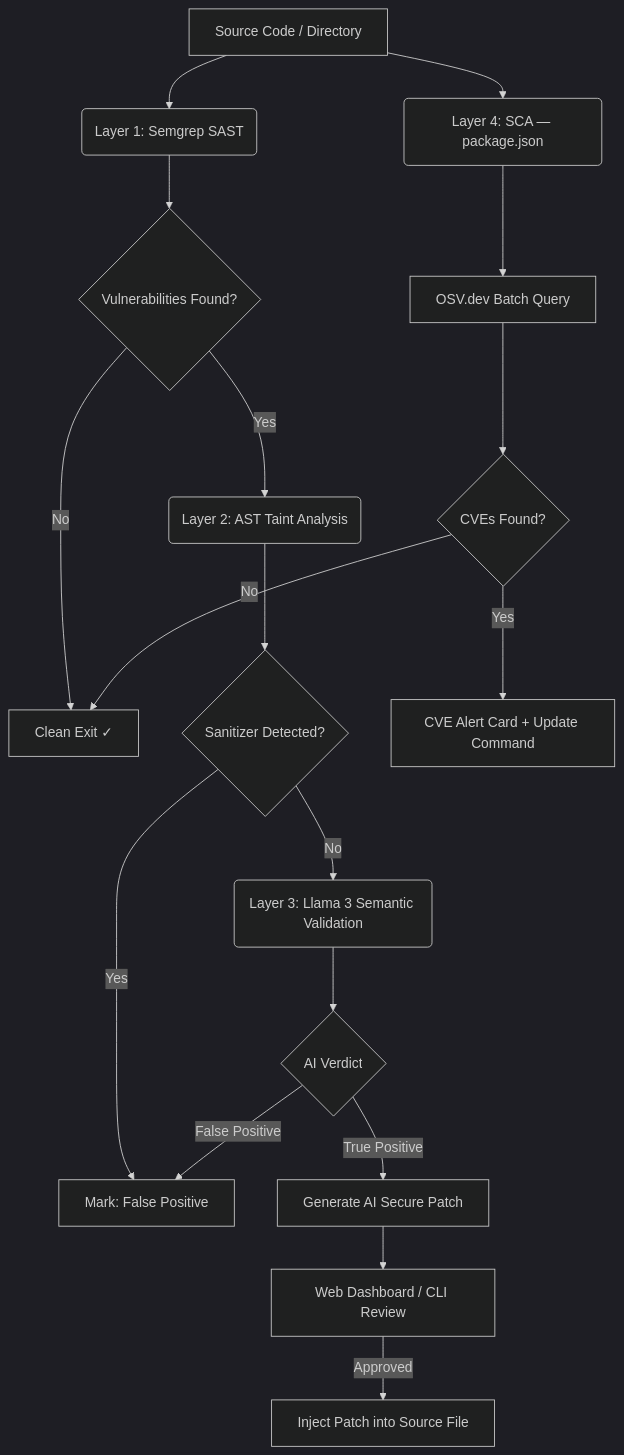
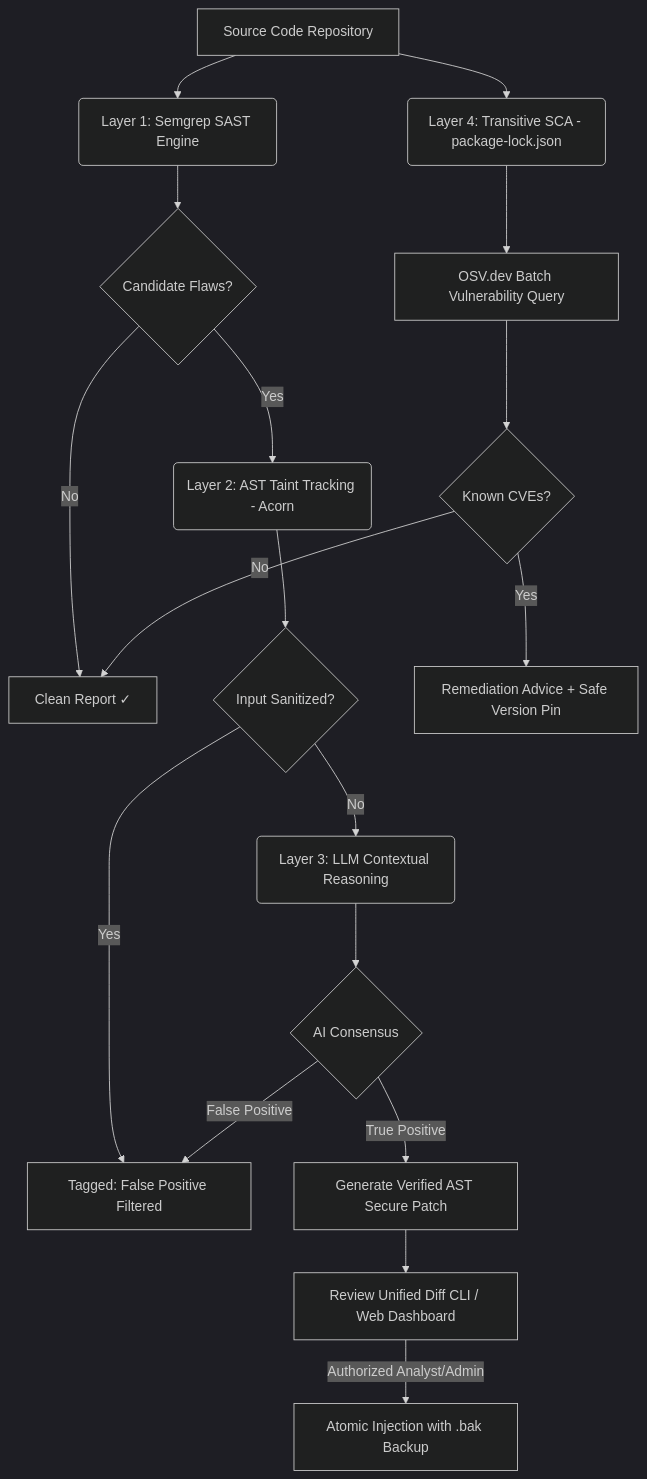
The diagram in README.md (vrsebeatriz/CypherGuard-IA), drawn with Mermaid (dark theme) before and after one commit. The commit also changed other lines of this file, not shown here.

````diff
--- a/README.md
+++ b/README.md
@@ -50,21 +72,21 @@
 ```mermaid
 graph TD
-    A[Source Code / Directory] --> B(Layer 1: Semgrep SAST)
-    B --> C{Vulnerabilities Found?}
-    C --> |No| D[Clean Exit ✓]
-    C --> |Yes| E(Layer 2: AST Taint Analysis)
-    E --> F{Sanitizer Detected?}
-    F --> |Yes| G[Mark: False Positive]
-    F --> |No| H(Layer 3: Llama 3 Semantic Validation)
-    H --> I{AI Verdict}
+    A[Source Code Repository] --> B(Layer 1: Semgrep SAST Engine)
+    B --> C{Candidate Flaws?}
+    C --> |No| D[Clean Report ✓]
+    C --> |Yes| E(Layer 2: AST Taint Tracking - Acorn)
+    E --> F{Input Sanitized?}
+    F --> |Yes| G[Tagged: False Positive Filtered]
+    F --> |No| H(Layer 3: LLM Contextual Reasoning)
+    H --> I{AI Consensus}
     I --> |False Positive| G
-    I --> |True Positive| J[Generate AI Secure Patch]
-    J --> K[Web Dashboard / CLI Review]
-    K --> |Approved| L[Inject Patch into Source File]
+    I --> |True Positive| J[Generate Verified AST Secure Patch]
+    J --> K[Review Unified Diff CLI / Web Dashboard]
+    K --> |Authorized Analyst/Admin| L[Atomic Injection with .bak Backup]
 
-    A --> M(Layer 4: SCA — package.json)
-    M --> N[OSV.dev Batch Query]
-    N --> O{CVEs Found?}
-    O --> |Yes| P[CVE Alert Card + Update Command]
+    A --> M(Layer 4: Transitive SCA - package-lock.json)
+    M --> N[OSV.dev Batch Vulnerability Query]
+    N --> O{Known CVEs?}
+    O --> |Yes| P[Remediation Advice + Safe Version Pin]
     O --> |No| D
 ```
````
